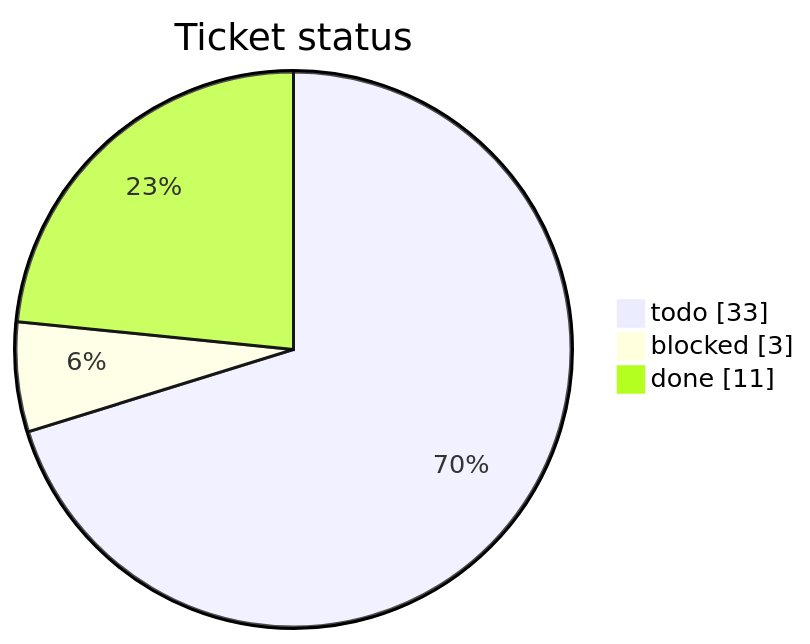
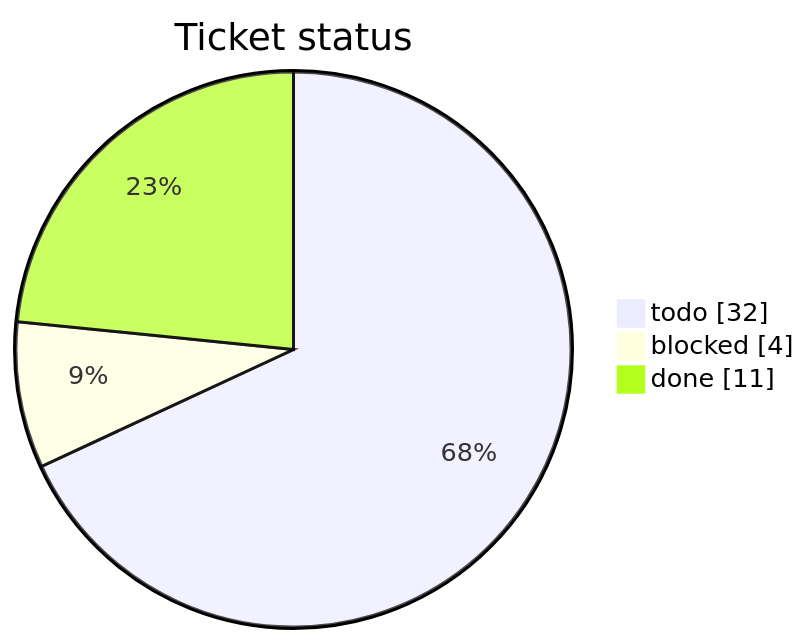
Before and after one commit to mohamed-soubhi/bootlab-esp: the first of 3 diagrams in tickets/TICKETS.md, drawn with Mermaid. The commit also changed other lines of this file and 10 other files, not shown here.

````diff
--- a/tickets/TICKETS.md
+++ b/tickets/TICKETS.md
@@ -10,6 +10,6 @@
 ```mermaid
 pie showData title Ticket status
-    "todo" : 33
-    "blocked" : 3
+    "todo" : 32
+    "blocked" : 4
     "done" : 11
 ```
````
